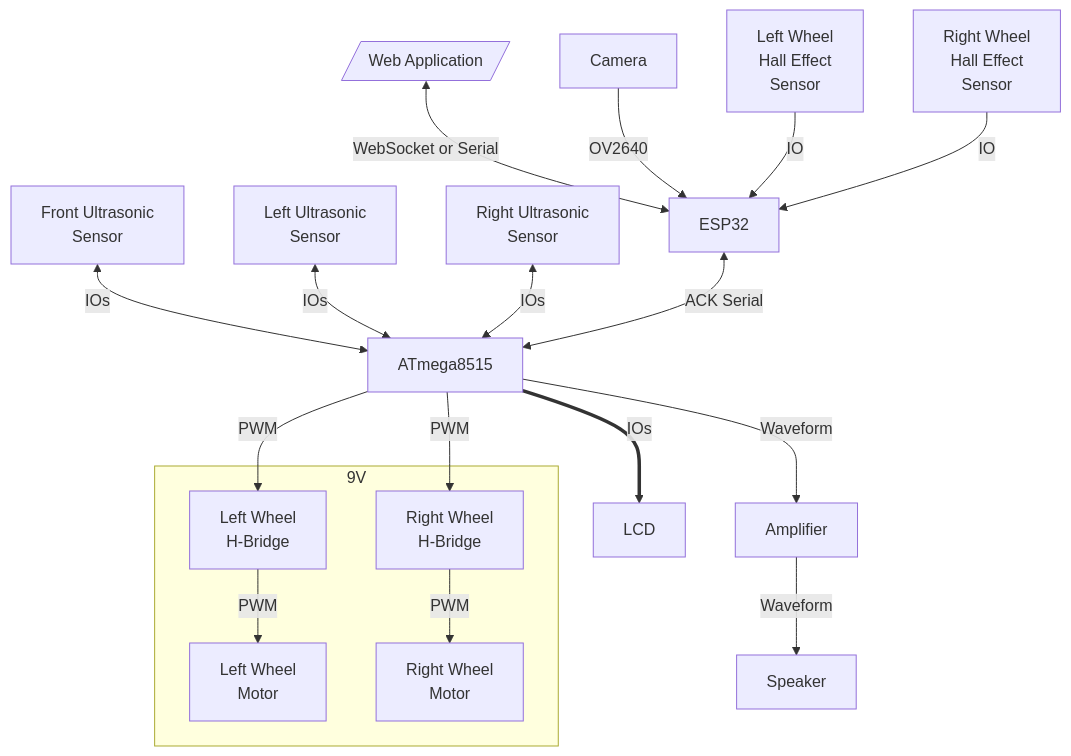
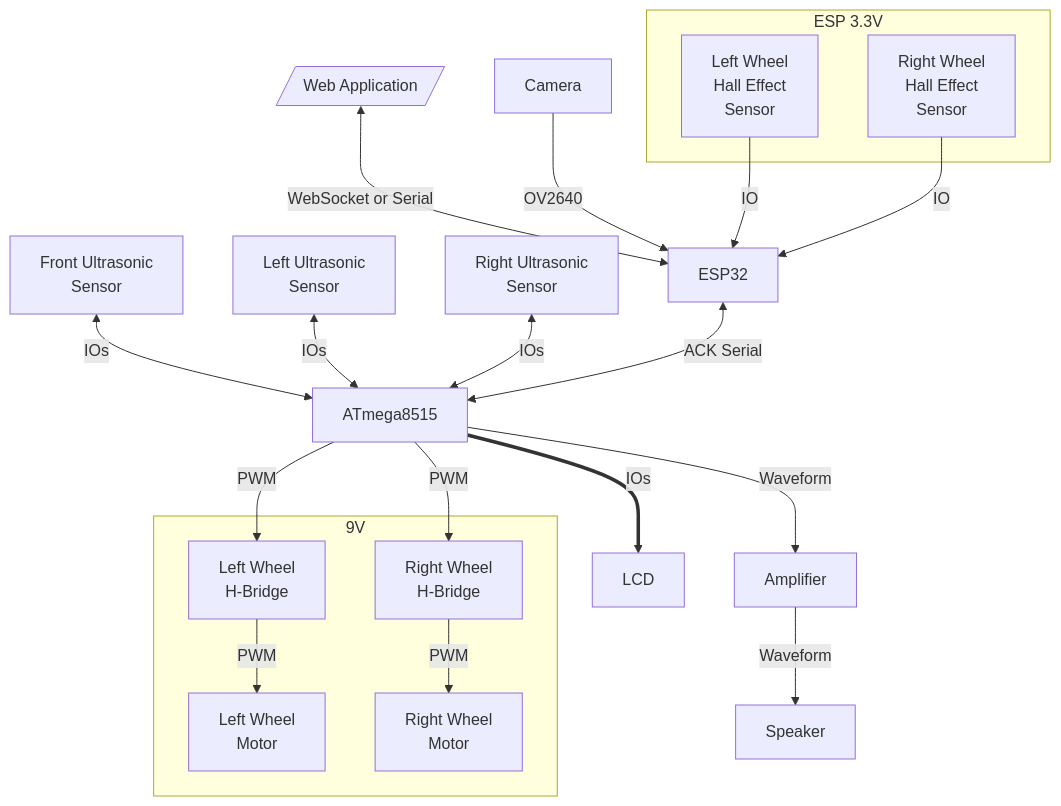
Before and after one commit to weisrc/project-wrover: the first of 5 diagrams in README.md, drawn with Mermaid. The commit also changed other lines of this file and 1 other file, not shown here.

````diff
--- a/README.md
+++ b/README.md
@@ -23,45 +23,49 @@
 ```mermaid
 flowchart TD
     web[/Web Application/]
 
     cam[Camera]
-    hall0[Left Wheel\n Hall Effect\n Sensor]
-    hall1[Right Wheel\n Hall Effect\n Sensor]
+    
     sonar0[Front Ultrasonic\n Sensor]
     sonar1[Left Ultrasonic\n Sensor]
     sonar2[Right Ultrasonic\n Sensor]
     amp[Amplifier]
     speaker[Speaker]
 
     lcd[LCD]
 
     esp[ESP32]
     avr[ATmega8515]
+
+    subgraph ESP 3.3V
+    hall0[Left Wheel\n Hall Effect\n Sensor]
+    hall1[Right Wheel\n Hall Effect\n Sensor]
+    end
 
     subgraph 9V
       hbridge0[Left Wheel\n H-Bridge]
       hbridge1[Right Wheel\n H-Bridge]
       motor0[Left Wheel\n Motor]
       motor1[Right Wheel\n Motor]
     end
 
     web <-->|WebSocket or Serial| esp
     cam -->|OV2640| esp
     hall0 -->|IO| esp
     hall1 -->|IO| esp
 
     sonar0 <-->|IOs| avr
     sonar1 <-->|IOs| avr
     sonar2 <-->|IOs| avr
 
     avr -->|PWM| hbridge0
     avr -->|PWM| hbridge1
     hbridge0 -->|PWM| motor0
     hbridge1 -->|PWM| motor1
 
     avr -->|Waveform| amp
     amp -->|Waveform| speaker
     avr ==>|IOs| lcd
 
     esp <-->|ACK Serial| avr
 ```
````
